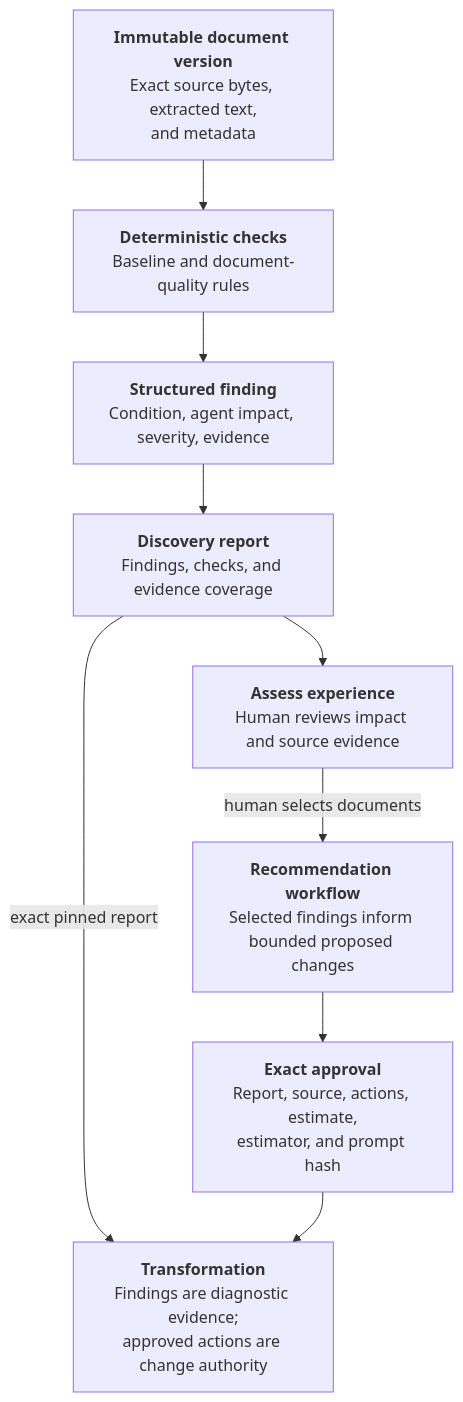
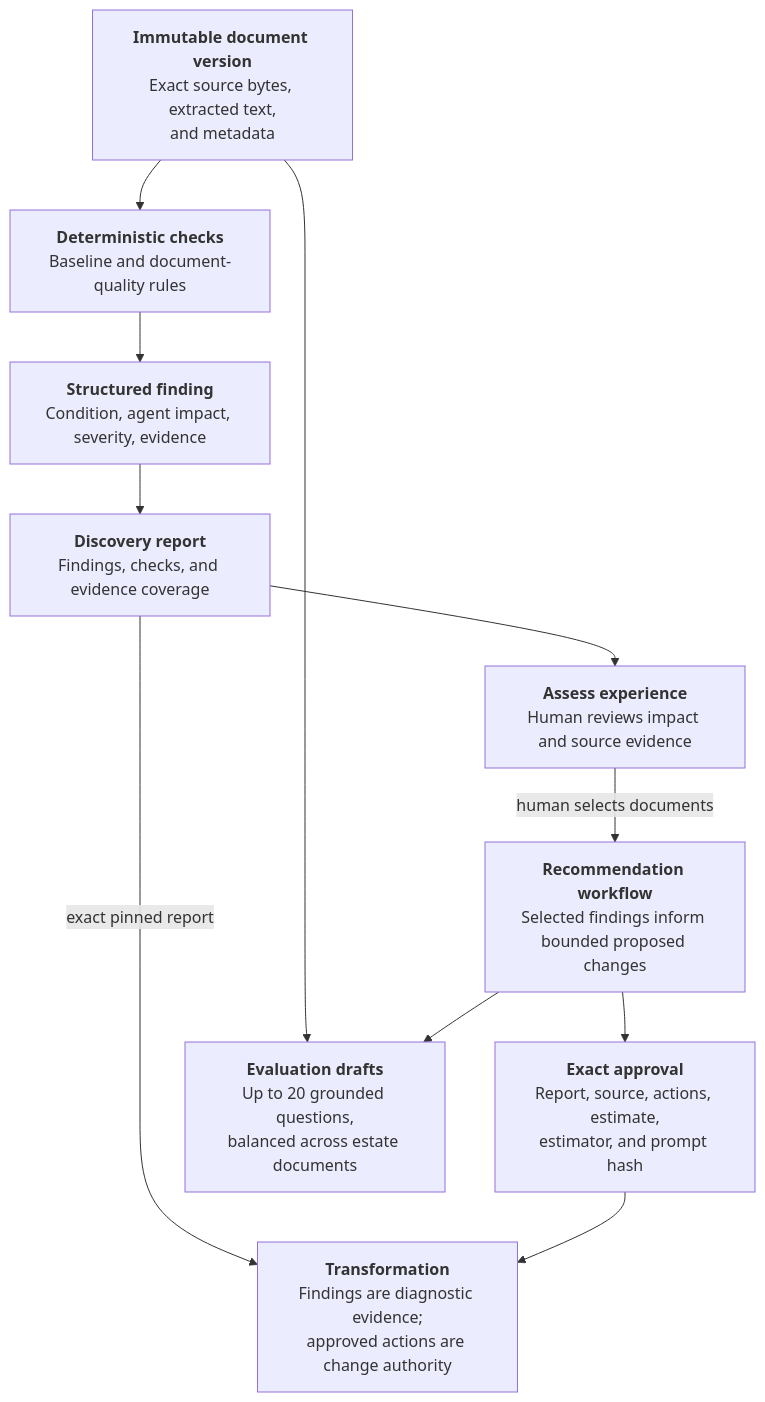
One commit to stjeffer/shaper changed the sixth of 7 diagrams in docs/architecture.md. Above: the diagram before and after it, drawn with Mermaid. The commit also changed other lines of this file and 5 other files, not shown here.

First line of the commit message:
docs: align architecture and deployment guidance

````diff
--- a/docs/architecture.md
+++ b/docs/architecture.md
@@ -558,31 +558,36 @@
 ```mermaid
 flowchart TB
     source["`**Immutable document version**
     Exact source bytes, extracted text,
     and metadata`"]
     checks["`**Deterministic checks**
     Baseline and document-quality rules`"]
     finding["`**Structured finding**
     Condition, agent impact, severity, evidence`"]
     report["`**Discovery report**
     Findings, checks, and evidence coverage`"]
     review["`**Assess experience**
     Human reviews impact and source evidence`"]
     proposal["`**Recommendation workflow**
     Selected findings inform bounded proposed changes`"]
     approval["`**Exact approval**
     Report, source, actions, estimate,
     estimator, and prompt hash`"]
     shaping["`**Transformation**
     Findings are diagnostic evidence;
     approved actions are change authority`"]
+    evaluation["`**Evaluation drafts**
+    Up to 20 grounded questions,
+    balanced across estate documents`"]
 
     source --> checks
     checks --> finding
     finding --> report
     report --> review
     review -->|"`human selects documents`"| proposal
     proposal --> approval
     report -->|"`exact pinned report`"| shaping
     approval --> shaping
+    source --> evaluation
+    proposal --> evaluation
 ```
````
